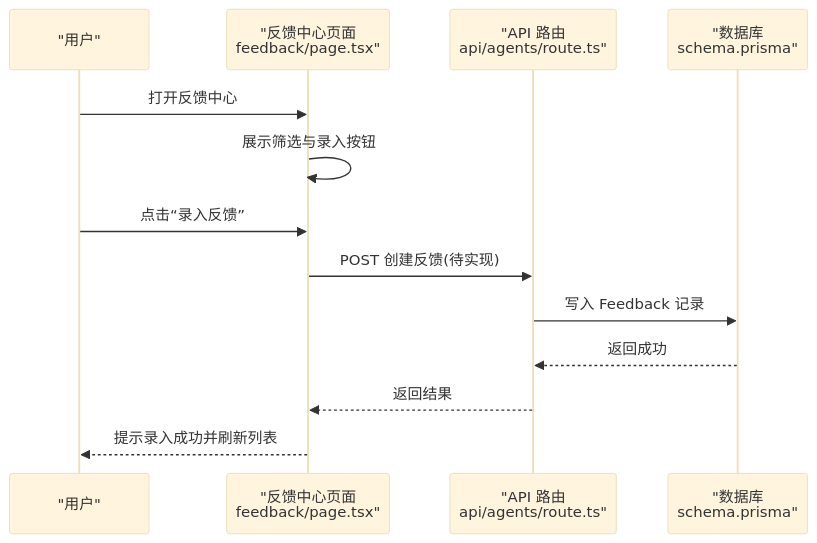
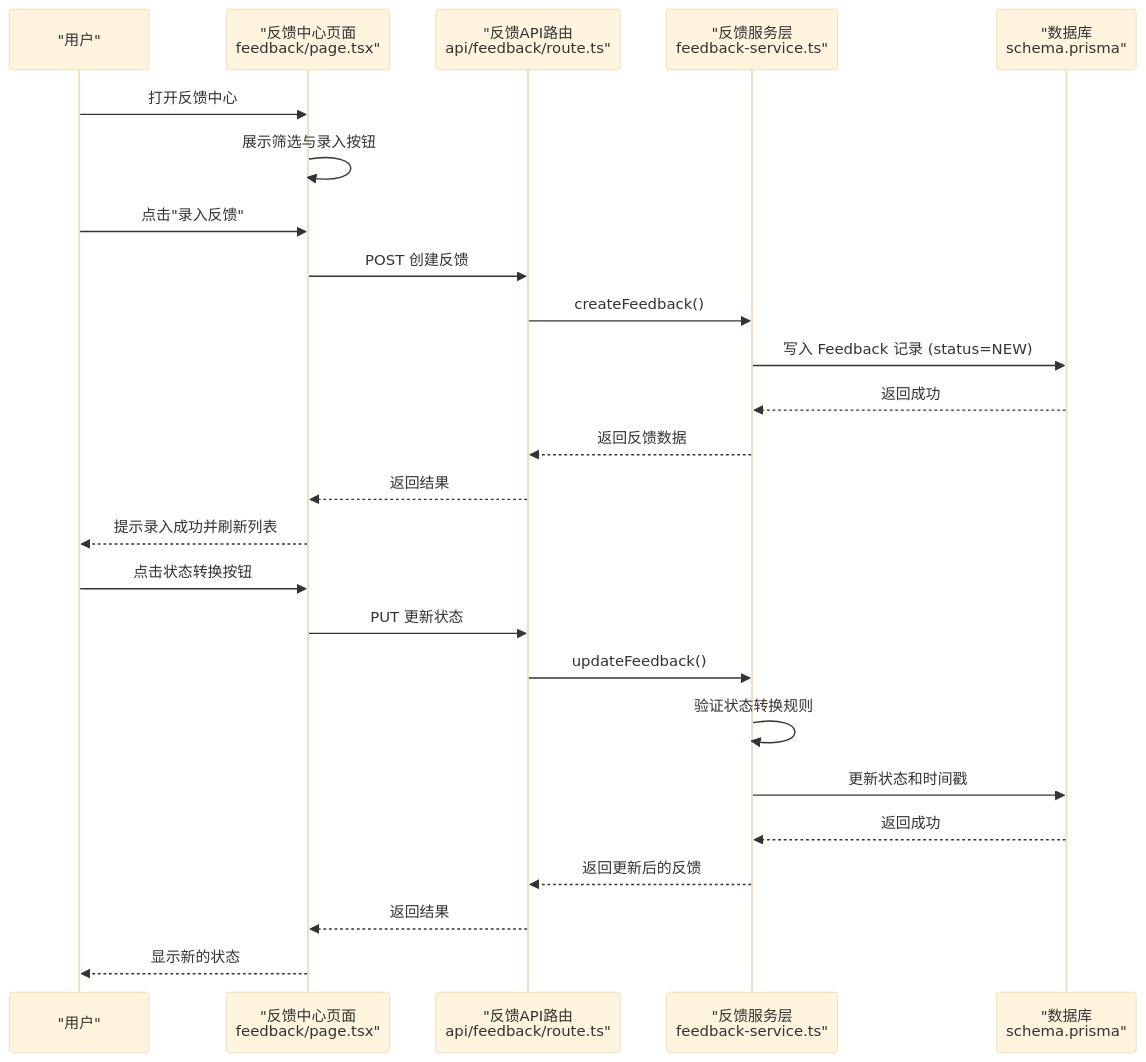
Before and after one commit to ai-guru-global/agent-up: the second of 6 diagrams in .qoder/repowiki/zh/content/功能模块/反馈中心.md, drawn with Mermaid (base theme). The commit also changed other lines of this file and 57 other files, not shown here.

````diff
--- a/.qoder/repowiki/zh/content/功能模块/反馈中心.md
+++ b/.qoder/repowiki/zh/content/功能模块/反馈中心.md
@@ -91,15 +109,27 @@
 ```mermaid
 sequenceDiagram
 participant U as "用户"
 participant FE as "反馈中心页面<br/>feedback/page.tsx"
-participant API as "API 路由<br/>api/agents/route.ts"
+participant API as "反馈API路由<br/>api/feedback/route.ts"
+participant SVC as "反馈服务层<br/>feedback-service.ts"
 participant DB as "数据库<br/>schema.prisma"
 U->>FE : 打开反馈中心
 FE->>FE : 展示筛选与录入按钮
-U->>FE : 点击“录入反馈”
-FE->>API : POST 创建反馈(待实现)
-API->>DB : 写入 Feedback 记录
-DB-->>API : 返回成功
+U->>FE : 点击"录入反馈"
+FE->>API : POST 创建反馈
+API->>SVC : createFeedback()
+SVC->>DB : 写入 Feedback 记录 (status=NEW)
+DB-->>SVC : 返回成功
+SVC-->>API : 返回反馈数据
 API-->>FE : 返回结果
 FE-->>U : 提示录入成功并刷新列表
+U->>FE : 点击状态转换按钮
+FE->>API : PUT 更新状态
+API->>SVC : updateFeedback()
+SVC->>SVC : 验证状态转换规则
+SVC->>DB : 更新状态和时间戳
+DB-->>SVC : 返回成功
+SVC-->>API : 返回更新后的反馈
+API-->>FE : 返回结果
+FE-->>U : 显示新的状态
 ```
````
